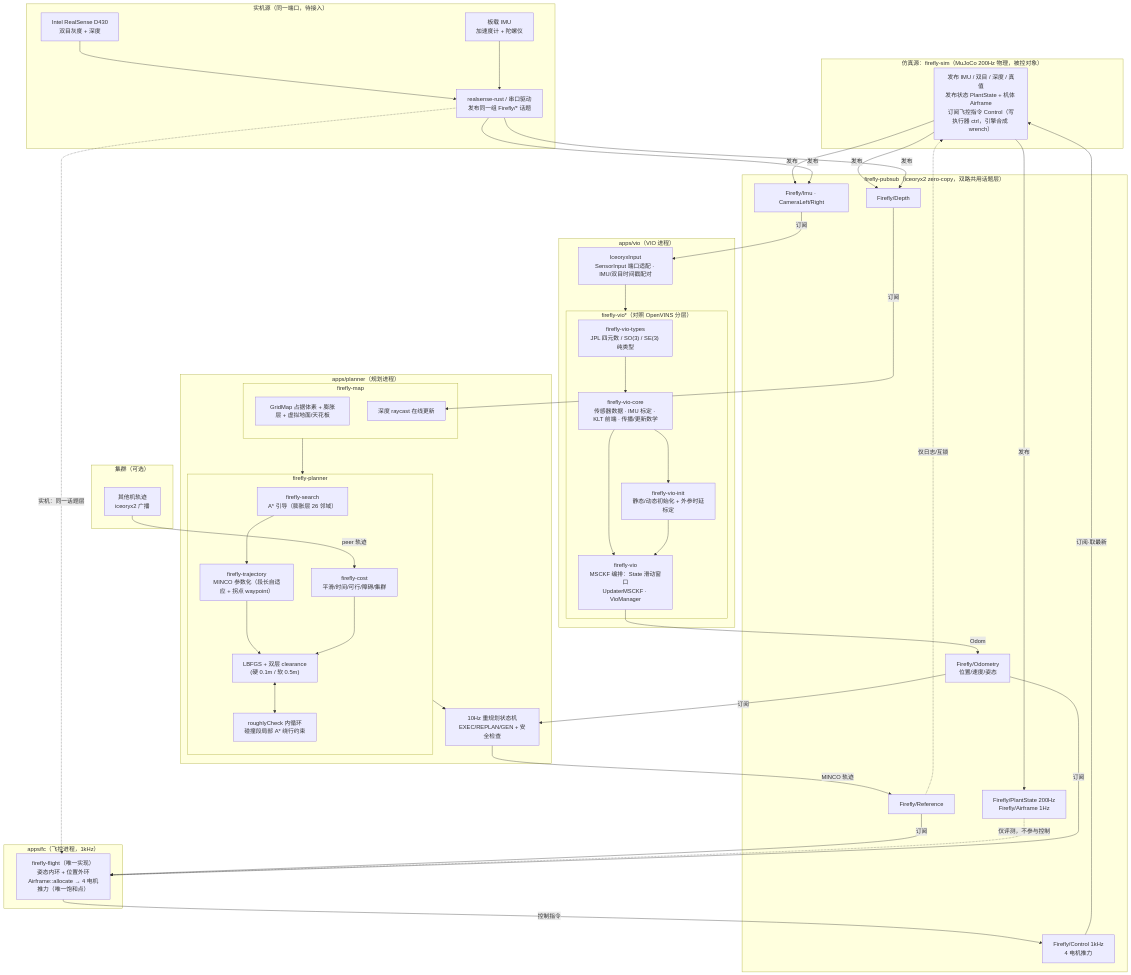
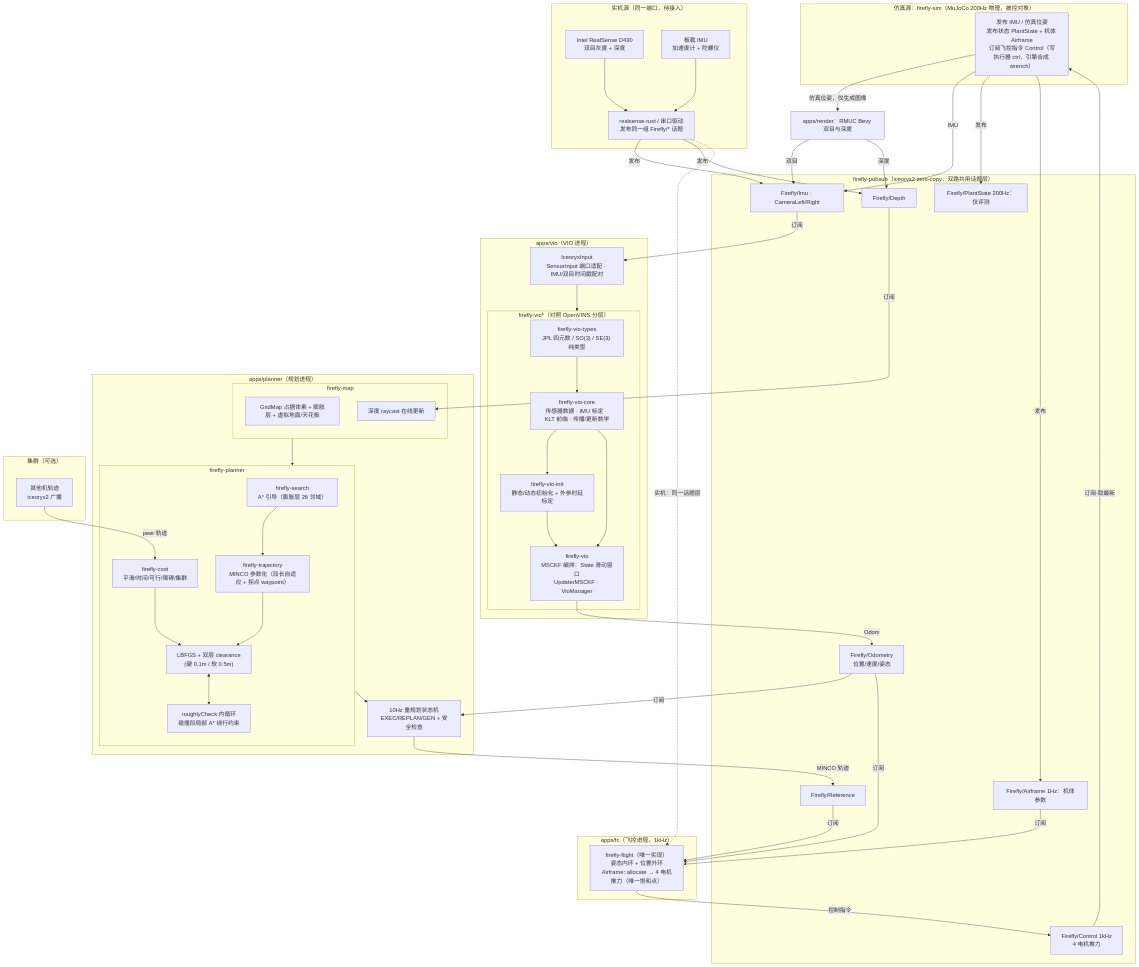
Before and after one commit to 3SE-Competitive-Robotics-Team/firefly: the first of 2 diagrams in docs/architecture.md, drawn with Mermaid. The commit also changed other lines of this file and 58 other files, not shown here.

````diff
--- a/docs/architecture.md
+++ b/docs/architecture.md
@@ -6,7 +6,7 @@
 ```mermaid
 flowchart TD
     subgraph SIM_SRC["仿真源：firefly-sim（MuJoCo 200Hz 物理，被控对象）"]
-        SIMP["发布 IMU / 双目 / 深度 / 真值<br/>发布状态 PlantState + 机体 Airframe<br/>订阅飞控指令 Control（写执行器 ctrl，引擎合成 wrench）"]
+        SIMP["发布 IMU / 仿真位姿<br/>发布状态 PlantState + 机体 Airframe<br/>订阅飞控指令 Control（写执行器 ctrl，引擎合成 wrench）"]
     end
 
     subgraph FC_APP["apps/fc（飞控进程，1kHz）"]
@@ -26,13 +26,18 @@
         TOPIC_DEPTH["Firefly/Depth"]
         TOPIC_ODOM["Firefly/Odometry<br/>位置/速度/姿态"]
         TOPIC_REF["Firefly/Reference"]
-        TOPIC_PLANT["Firefly/PlantState 200Hz<br/>Firefly/Airframe 1Hz"]
+        TOPIC_PLANT["Firefly/PlantState 200Hz：仅评测"]
+        TOPIC_AIRFRAME["Firefly/Airframe 1Hz：机体参数"]
         TOPIC_CTRL["Firefly/Control 1kHz<br/>4 电机推力"]
     end
 
-    SIMP -->|发布| TOPIC_SENS
-    SIMP -->|发布| TOPIC_DEPTH
+    RENDER["apps/render：RMUC Bevy 双目与深度"]
+    SIMP -->|仿真位姿，仅生成图像| RENDER
+    SIMP -->|IMU| TOPIC_SENS
+    RENDER -->|双目| TOPIC_SENS
+    RENDER -->|深度| TOPIC_DEPTH
     SIMP -->|发布| TOPIC_PLANT
+    SIMP -->|发布| TOPIC_AIRFRAME
     DRV -->|发布| TOPIC_SENS
     DRV -->|发布| TOPIC_DEPTH
 
@@ -83,10 +88,9 @@
     PEER -->|peer 轨迹| COST
     FSM -->|MINCO 轨迹| TOPIC_REF
     TOPIC_REF -->|订阅| FLIGHT
-    TOPIC_PLANT -.->|仅评测，不参与控制| FLIGHT
+    TOPIC_AIRFRAME -->|订阅| FLIGHT
     TOPIC_ODOM -->|订阅| FLIGHT
     FLIGHT -->|控制指令| TOPIC_CTRL
     TOPIC_CTRL -->|订阅·取最新| SIMP
-    TOPIC_REF -.->|仅日志/互锁| SIMP
     DRV -.->|实机：同一话题层| FLIGHT
 ```
````
